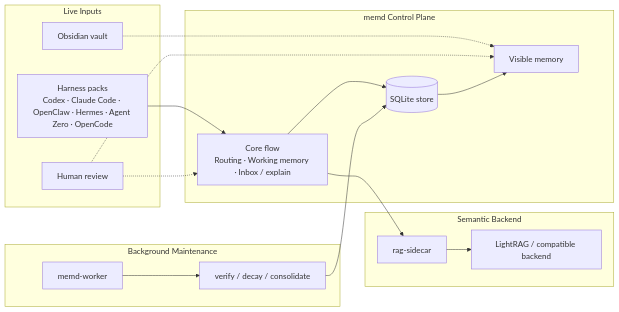
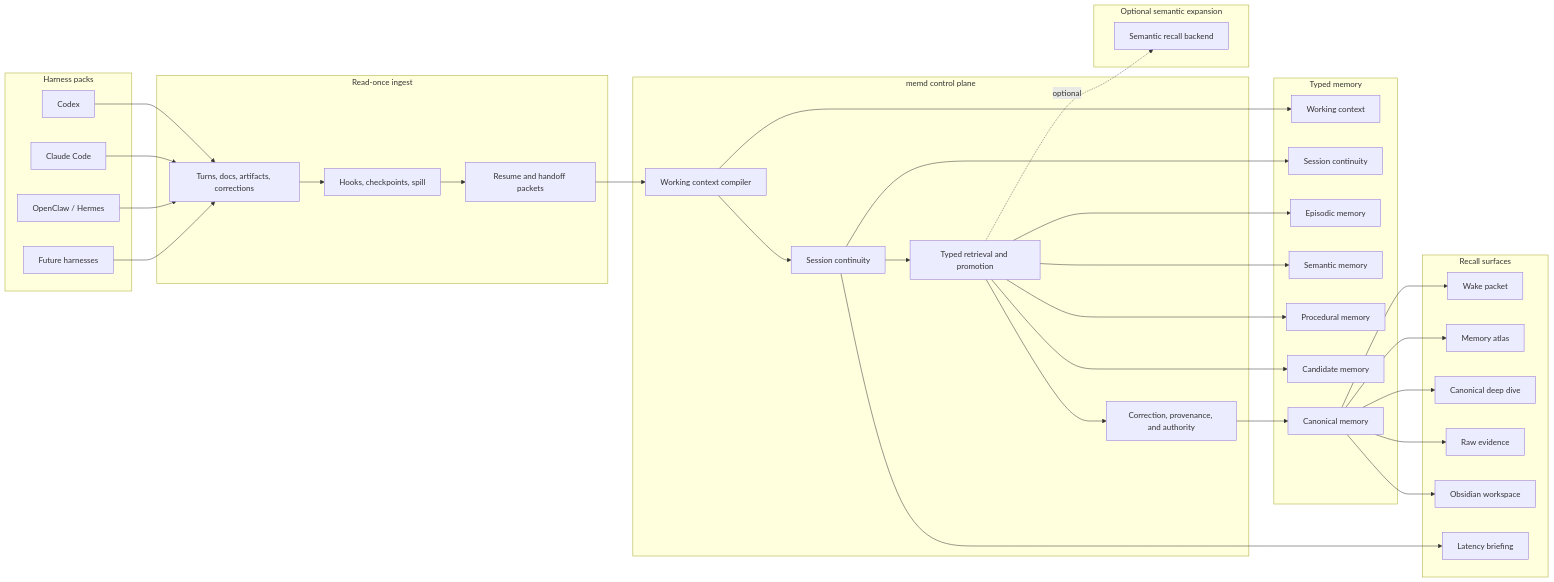
One commit to Josue7211/memd changed the diagram in docs/core/architecture.md. Above: the diagram before and after it, drawn with Mermaid. The commit also changed other lines of this file and 190 other files, not shown here.

Commit message:
checkpoint: snapshot before continuing ralph roadmap

````diff
--- a/docs/core/architecture.md
+++ b/docs/core/architecture.md
@@ -10,36 +32,65 @@
 ```mermaid
 flowchart LR
-  subgraph Inputs[Live Inputs]
-    Packs[Harness packs<br/>Codex · Claude Code · OpenClaw · Hermes · Agent Zero · OpenCode]
-    Vault[Obsidian vault]
-    Review[Human review]
+  subgraph Harnesses[Harness packs]
+    H1[Codex]
+    H2[Claude Code]
+    H3[OpenClaw / Hermes]
+    H4[Future harnesses]
   end
 
-  subgraph Core[memd Control Plane]
-    CoreFlow[Core flow<br/>Routing · Working memory · Inbox / explain]
-    Visible[Visible memory]
-    Store[(SQLite store)]
+  subgraph Ingest[Read-once ingest]
+    I1[Turns, docs, artifacts, corrections]
+    I2[Hooks, checkpoints, spill]
+    I3[Resume and handoff packets]
   end
 
-  subgraph Semantic[Semantic Backend]
-    Sidecar[rag-sidecar]
-    Lightrag[LightRAG / compatible backend]
+  subgraph Plane[memd control plane]
+    P1[Working context compiler]
+    P2[Session continuity]
+    P3[Typed retrieval and promotion]
+    P4[Correction, provenance, and authority]
   end
 
-  subgraph Maintenance[Background Maintenance]
-    Worker[memd-worker]
-    Loop[verify / decay / consolidate]
+  subgraph Memory[Typed memory]
+    M1[Working context]
+    M2[Session continuity]
+    M3[Episodic memory]
+    M4[Semantic memory]
+    M5[Procedural memory]
+    M6[Candidate memory]
+    M7[Canonical memory]
   end
 
-  Packs --> CoreFlow
-  Vault -.-> Visible
-  Review -.-> CoreFlow
-  Review -.-> Visible
+  subgraph Surfaces[Recall surfaces]
+    S1[Wake packet]
+    S2[Memory atlas]
+    S3[Canonical deep dive]
+    S4[Raw evidence]
+    S5[Obsidian workspace]
+    S6[Latency briefing]
+  end
 
-  CoreFlow --> Store
-  Store --> Visible
+  subgraph Optional[Optional semantic expansion]
+    O1[Semantic recall backend]
+  end
 
-  CoreFlow --> Sidecar
-  Sidecar --> Lightrag
-  Worker --> Loop --> Store
+  H1 --> I1
+  H2 --> I1
+  H3 --> I1
+  H4 --> I1
+  I1 --> I2 --> I3 --> P1 --> P2 --> P3 --> P4
+  P1 --> M1
+  P2 --> M2
+  P3 --> M3
+  P3 --> M4
+  P3 --> M5
+  P3 --> M6
+  P4 --> M7
+  M7 --> S1
+  M7 --> S2
+  M7 --> S3
+  M7 --> S4
+  M7 --> S5
+  P2 --> S6
+  P3 -. optional .-> O1
 ```
````
